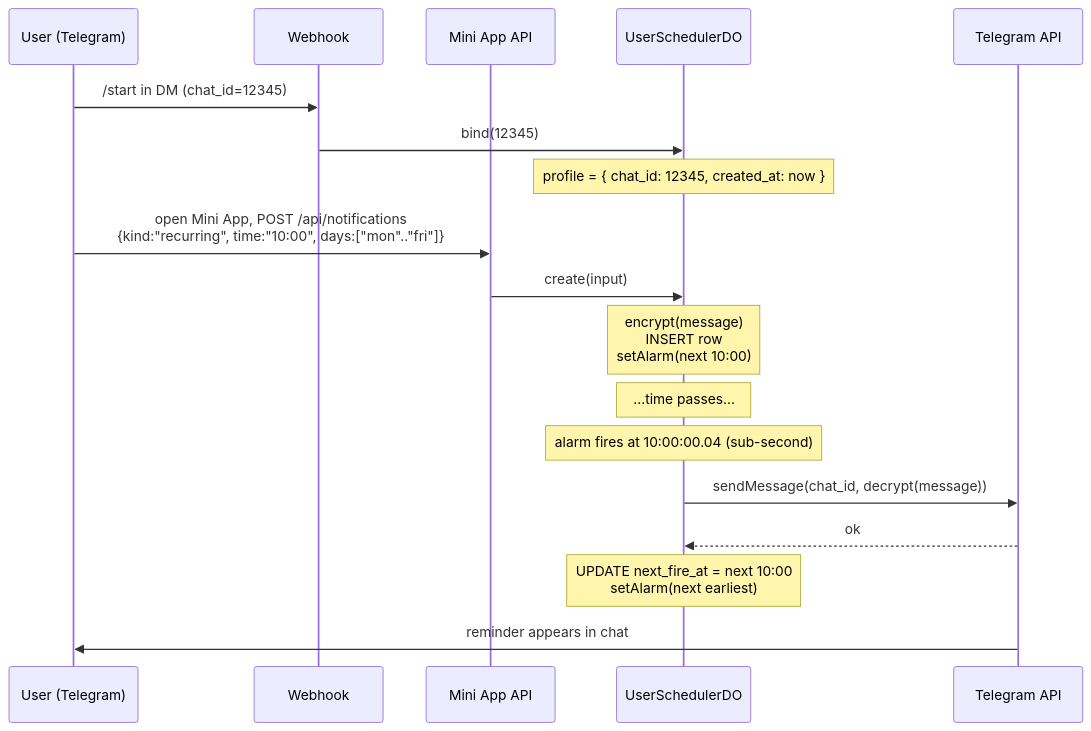
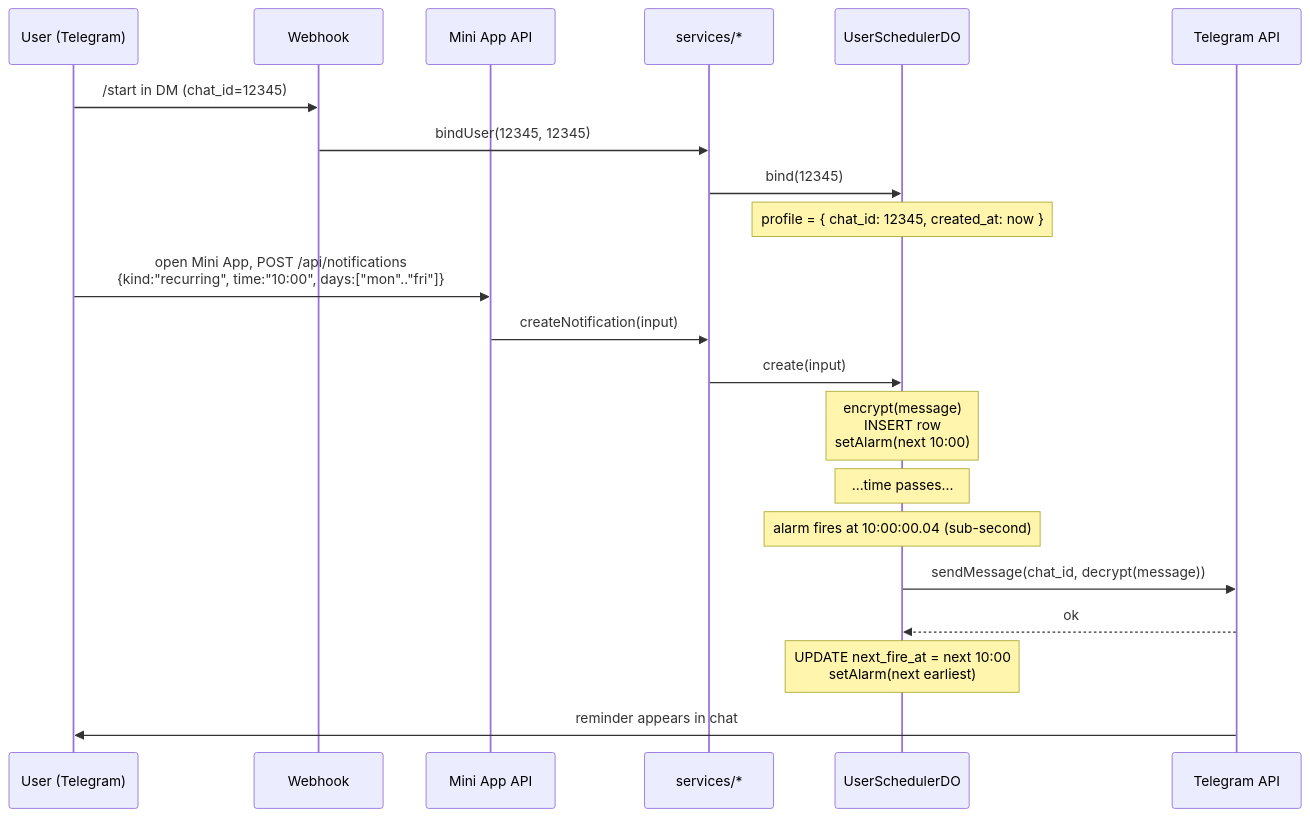
Before and after one commit to idarlafish/telegram-notify: the second of 2 diagrams in README.md, drawn with Mermaid. The commit also changed other lines of this file, not shown here.

Commit message:
docs: README — service layer + /api/users in components/sequence/API table

````diff
--- a/README.md
+++ b/README.md
@@ -47,23 +56,26 @@
 ```mermaid
 sequenceDiagram
   participant U as User (Telegram)
   participant W as Webhook
   participant A as Mini App API
+  participant S as services/*
   participant DO as UserSchedulerDO
   participant T as Telegram API
 
   U->>W: /start in DM (chat_id=12345)
-  W->>DO: bind(12345)
+  W->>S: bindUser(12345, 12345)
+  S->>DO: bind(12345)
   Note over DO: profile = { chat_id: 12345, created_at: now }
 
   U->>A: open Mini App, POST /api/notifications<br/>{kind:"recurring", time:"10:00", days:["mon".."fri"]}
-  A->>DO: create(input)
+  A->>S: createNotification(input)
+  S->>DO: create(input)
   Note over DO: encrypt(message)<br/>INSERT row<br/>setAlarm(next 10:00)
 
   Note over DO: ...time passes...
   Note over DO: alarm fires at 10:00:00.04 (sub-second)
   DO->>T: sendMessage(chat_id, decrypt(message))
   T-->>DO: ok
   Note over DO: UPDATE next_fire_at = next 10:00<br/>setAlarm(next earliest)
   T->>U: reminder appears in chat
 ```
````
